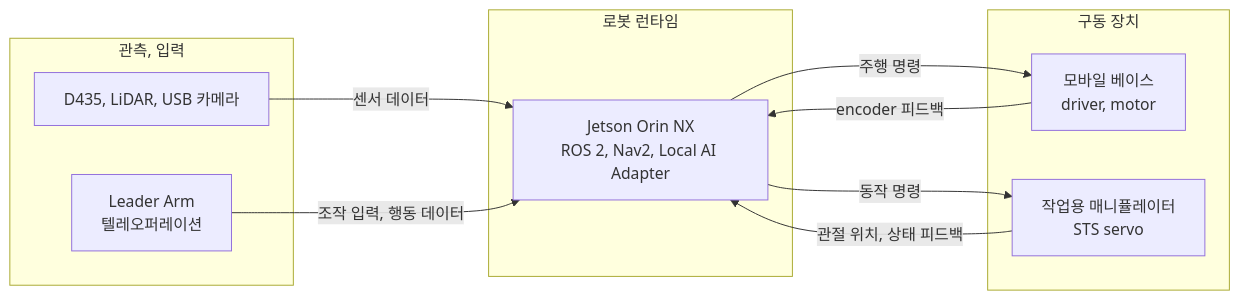
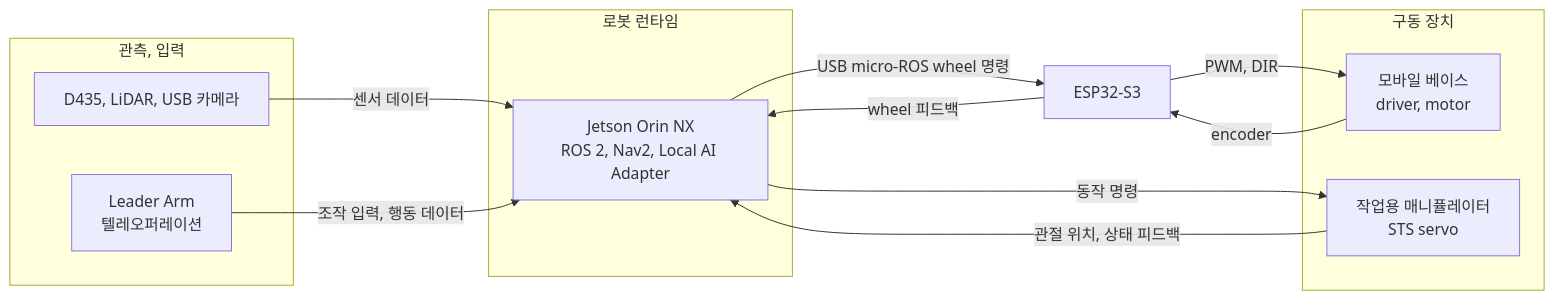
One commit to asm17-moving-agent/cleany-docs changed the third of 3 diagrams in 20_TECHNICAL/12 - Hardware Configuration.md. Above: the diagram before and after it, drawn with Mermaid. The commit also changed other lines of this file and 21 other files, not shown here.

````diff
--- a/20_TECHNICAL/12 - Hardware Configuration.md
+++ b/20_TECHNICAL/12 - Hardware Configuration.md
@@ -163,23 +170,25 @@
 ```mermaid
 flowchart LR
     subgraph inputs["관측, 입력"]
         S["D435, LiDAR, USB 카메라"]
         T["Leader Arm<br/>텔레오퍼레이션"]
     end
 
     subgraph runtime["로봇 런타임"]
         J["Jetson Orin NX<br/>ROS 2, Nav2, Local AI Adapter"]
     end
 
     subgraph actuators["구동 장치"]
         B["모바일 베이스<br/>driver, motor"]
         A["작업용 매니퓰레이터<br/>STS servo"]
     end
 
     S -->|센서 데이터| J
     T -->|조작 입력, 행동 데이터| J
-    J -->|주행 명령| B
-    B -->|encoder 피드백| J
+    J -->|USB micro-ROS wheel 명령| C["ESP32-S3"]
+    C -->|PWM, DIR| B
+    B -->|encoder| C
+    C -->|wheel 피드백| J
     J -->|동작 명령| A
     A -->|관절 위치, 상태 피드백| J
 ```
````
